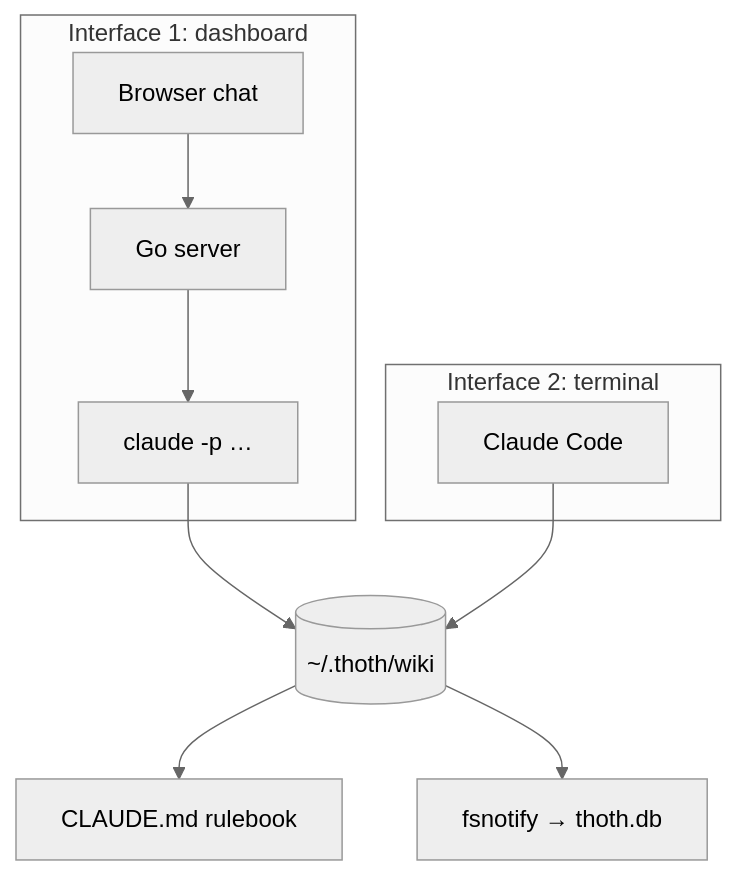
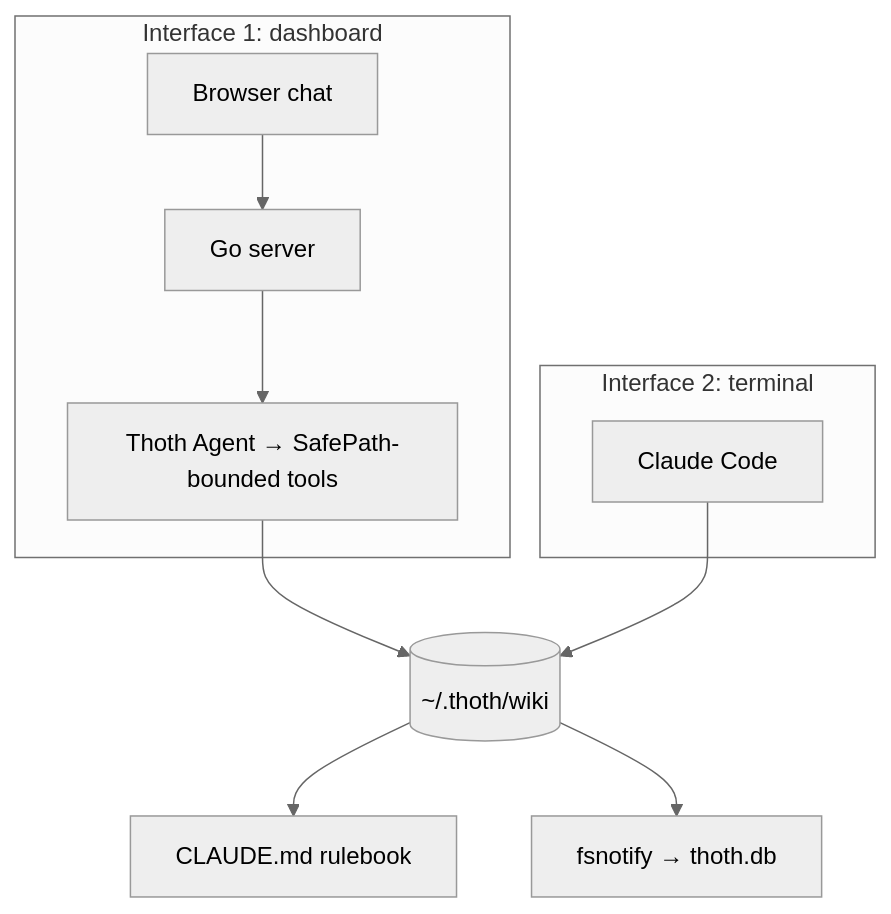
Before and after one commit to shiv-source/thoth: the second of 2 diagrams in docs/architecture.md, drawn with Mermaid (neutral theme). The commit also changed other lines of this file and 15 other files, not shown here.

````diff
--- a/docs/architecture.md
+++ b/docs/architecture.md
@@ -58,13 +68,13 @@
 ```mermaid
 flowchart TB
     subgraph I1["Interface 1: dashboard"]
-        A[Browser chat] --> B[Go server] --> C[claude -p …]
+        A[Browser chat] --> B[Go server] --> C[Thoth Agent → SafePath-bounded tools]
     end
     subgraph I2["Interface 2: terminal"]
-        D[Claude Code] 
+        D[Claude Code]
     end
     C --> E[("~/.thoth/wiki")]
     D --> E
     E --> F[CLAUDE.md rulebook]
     E --> G[fsnotify → thoth.db]
 ```
````
